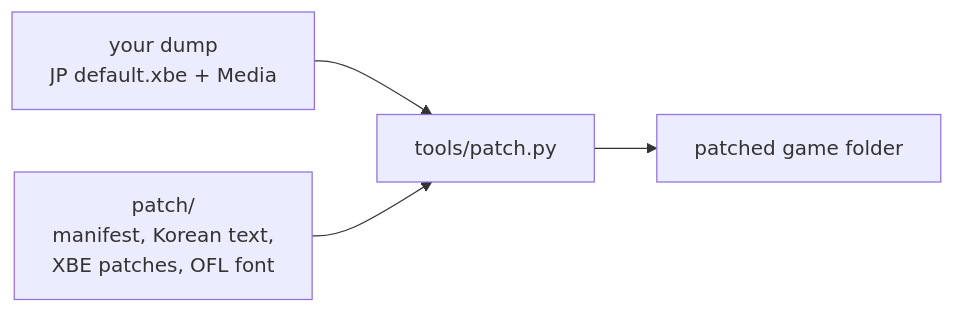
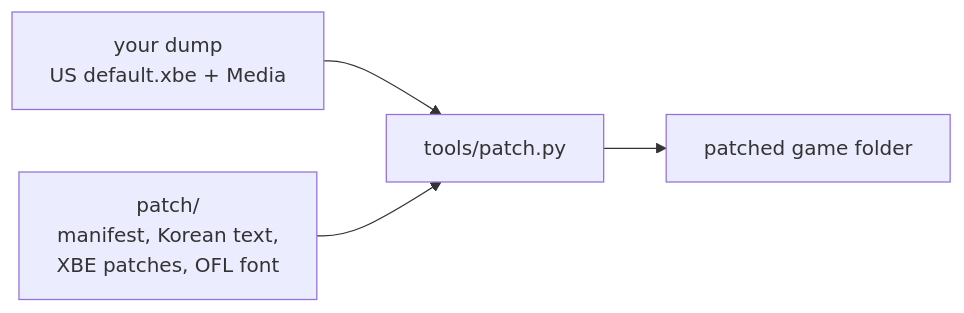
Before and after one commit to nworkers/JSRF-kr-patch: the diagram in README.md, drawn with Mermaid. The commit also changed other lines of this file and 26 other files, not shown here.

````diff
--- a/README.md
+++ b/README.md
@@ -30,6 +30,6 @@
 ```mermaid
 flowchart LR
-    DUMP["your dump<br/>JP default.xbe + Media"] --> TOOL["tools/patch.py"]
+    DUMP["your dump<br/>US default.xbe + Media"] --> TOOL["tools/patch.py"]
     DATA["patch/<br/>manifest, Korean text,<br/>XBE patches, OFL font"] --> TOOL
     TOOL --> OUT["patched game folder"]
 ```
````
